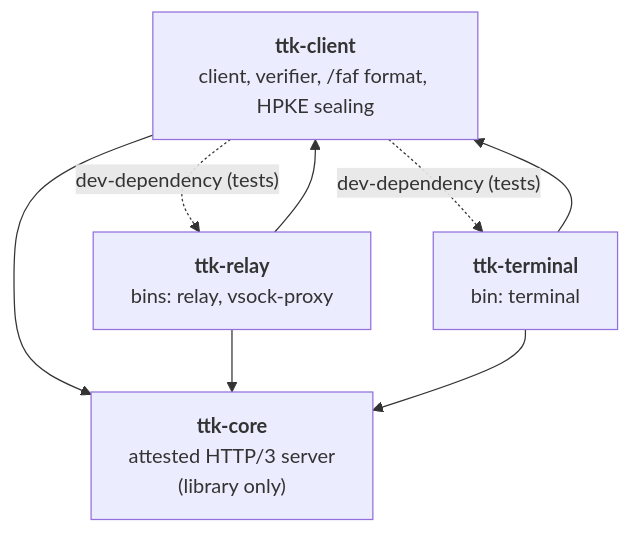
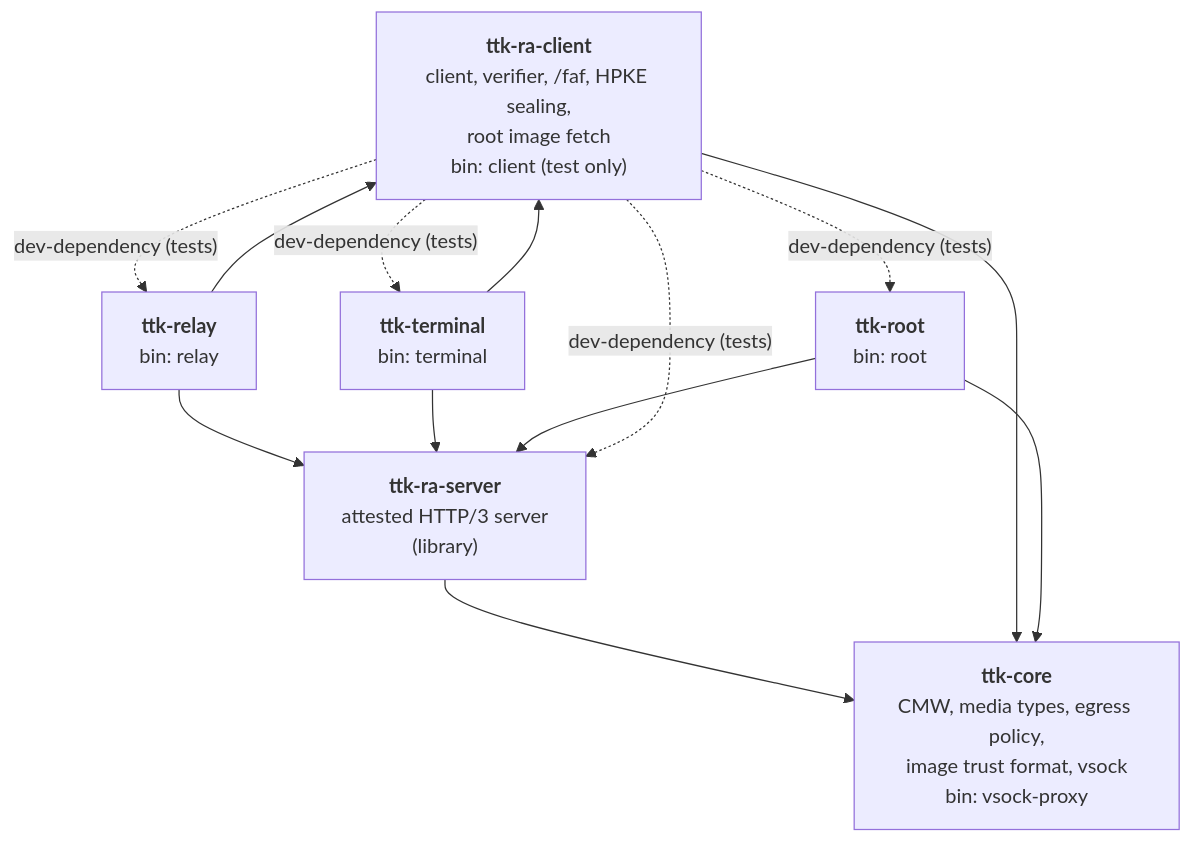
The second of 10 diagrams in docs/src/ARCHITECTURE.md (Lanetus/TTKServer), drawn with Mermaid before and after one commit. The commit also changed other lines of this file and 9 other files, not shown here.

First line of the commit message:
fix: update the mdBook architecture docs to the current workspace (#76)

````diff
--- a/docs/src/ARCHITECTURE.md
+++ b/docs/src/ARCHITECTURE.md
@@ -71,15 +91,22 @@
 ```mermaid
 flowchart TB
-    core["<b>ttk-core</b><br/>attested HTTP/3 server<br/>(library only)"]
-    client["<b>ttk-client</b><br/>client, verifier, /faf format, HPKE sealing"]
-    relay["<b>ttk-relay</b><br/>bins: relay, vsock-proxy"]
+    core["<b>ttk-core</b><br/>CMW, media types, egress policy,<br/>image trust format, vsock<br/>bin: vsock-proxy"]
+    server["<b>ttk-ra-server</b><br/>attested HTTP/3 server<br/>(library)"]
+    client["<b>ttk-ra-client</b><br/>client, verifier, /faf, HPKE sealing,<br/>root image fetch<br/>bin: client (test only)"]
+    relay["<b>ttk-relay</b><br/>bin: relay"]
     terminal["<b>ttk-terminal</b><br/>bin: terminal"]
+    root["<b>ttk-root</b><br/>bin: root"]
 
+    server --> core
     client --> core
-    relay --> core
+    relay --> server
     relay --> client
-    terminal --> core
+    terminal --> server
     terminal --> client
+    root --> server
+    root --> core
+    client -. "dev-dependency (tests)" .-> server
     client -. "dev-dependency (tests)" .-> relay
     client -. "dev-dependency (tests)" .-> terminal
+    client -. "dev-dependency (tests)" .-> root
 ```
````
